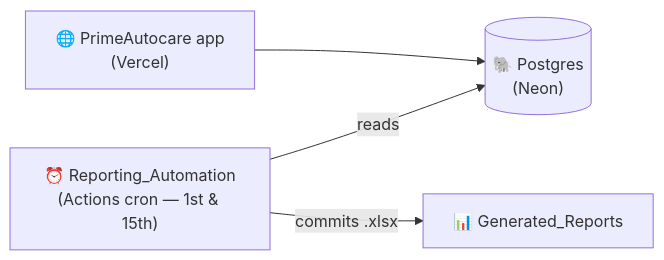
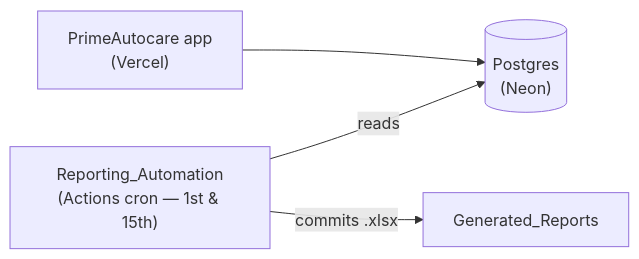
The diagram in profile/README.md (PrimeAutocare/.github), drawn with Mermaid before and after one commit. The commit also changed other lines of this file, not shown here.

````diff
--- a/profile/README.md
+++ b/profile/README.md
@@ -28,6 +30,6 @@
 ```mermaid
 flowchart LR
-    A["🌐 PrimeAutocare app<br/>(Vercel)"] --> DB[("🐘 Postgres<br/>(Neon)")]
-    B["⏰ Reporting_Automation<br/>(Actions cron — 1st &amp; 15th)"] -- reads --> DB
-    B -- "commits .xlsx" --> C["📊 Generated_Reports"]
+    A["PrimeAutocare app<br/>(Vercel)"] --> DB[("Postgres<br/>(Neon)")]
+    B["Reporting_Automation<br/>(Actions cron — 1st &amp; 15th)"] -- reads --> DB
+    B -- "commits .xlsx" --> C["Generated_Reports"]
 ```
````
